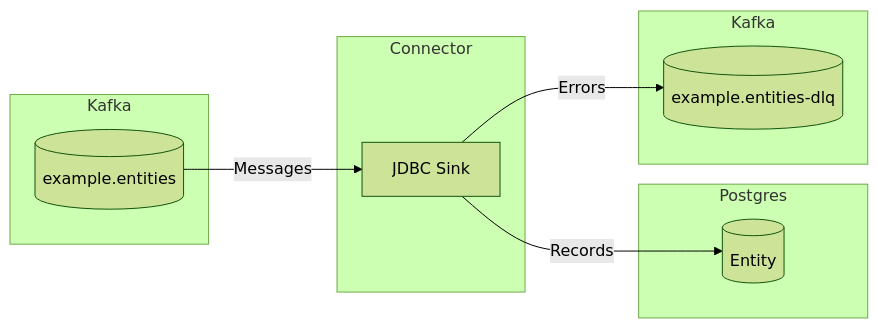
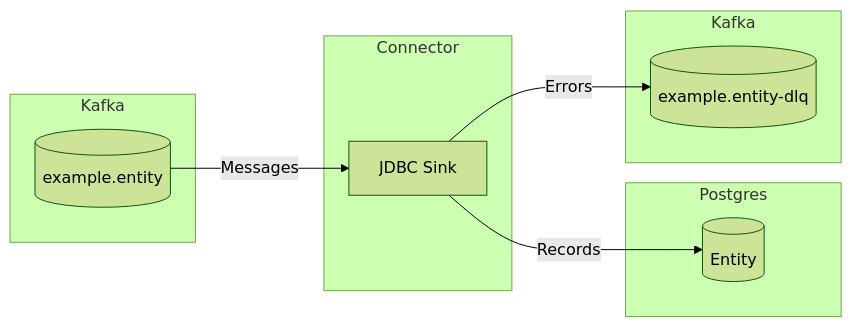
The diagram in docs/api-reference/connectors/aurelius-kafka-connect-jdbc-sink-example.md (aureliusenterprise/aurelius), drawn with Mermaid (forest theme) before and after one commit. The commit also changed other lines of this file and 6 other files, not shown here.

````diff
--- a/docs/api-reference/connectors/aurelius-kafka-connect-jdbc-sink-example.md
+++ b/docs/api-reference/connectors/aurelius-kafka-connect-jdbc-sink-example.md
@@ -7,22 +7,22 @@
 ```mermaid
 graph LR
     subgraph A["Kafka"]
-        a[("example.entities")]
+        a[("example.entity")]
     end
 
     subgraph B["Connector"]
         b["JDBC Sink"]
     end
 
     subgraph C["Postgres"]
         c[("Entity")]
     end
 
     subgraph D["Kafka"]
-        d[("example.entities-dlq")]
+        d[("example.entity-dlq")]
     end
 
     a -->|"Messages"| b
     b -->|"Records"| c
     b -->|"Errors"| d
 ```
````
